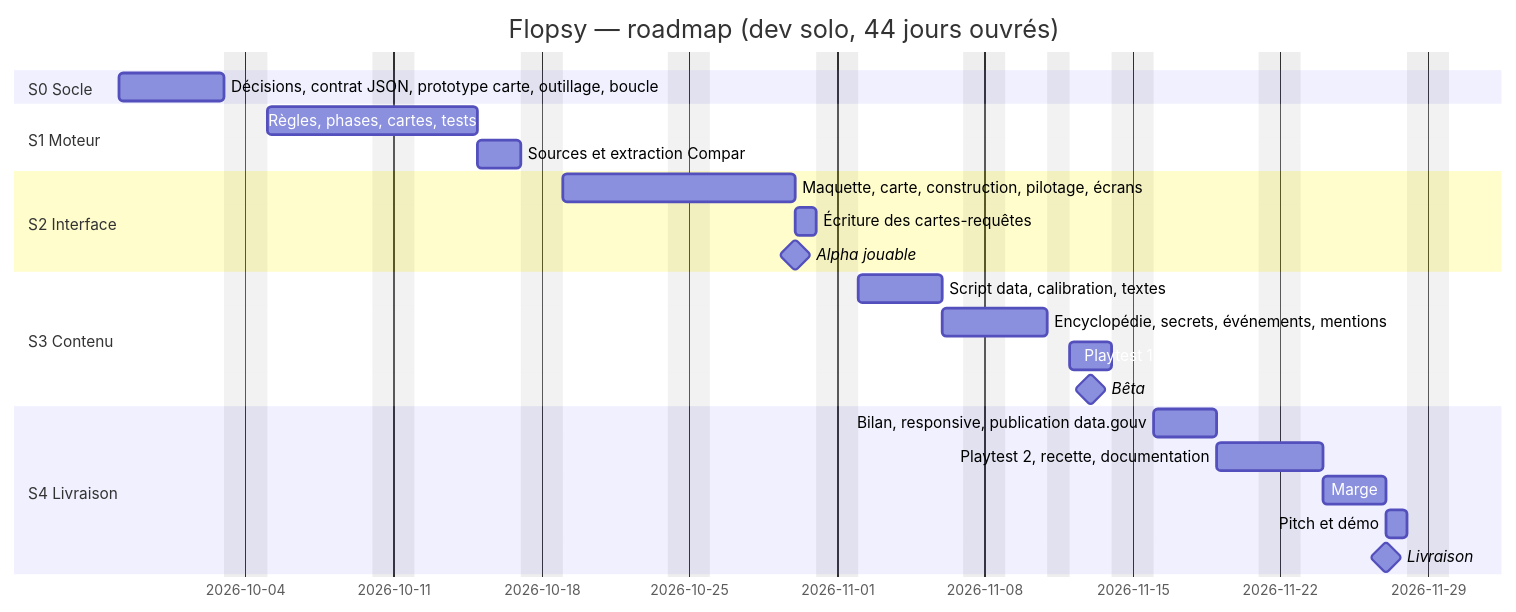
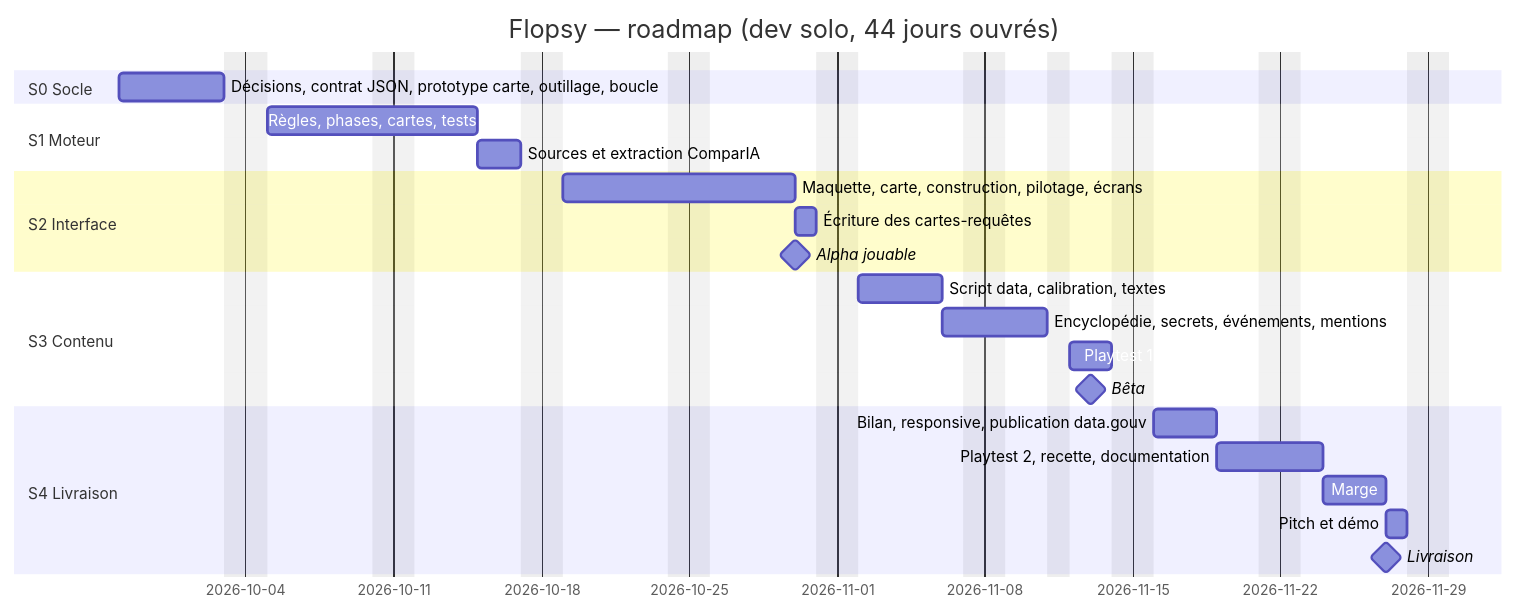
The diagram in docs/06-roadmap.md (D-Lecol/Flopsy), drawn with Mermaid before and after one commit. The commit also changed other lines of this file and 22 other files, not shown here.

````diff
--- a/docs/06-roadmap.md
+++ b/docs/06-roadmap.md
@@ -10,26 +10,26 @@
 ```mermaid
 gantt
     title Flopsy — roadmap (dev solo, 44 jours ouvrés)
     dateFormat YYYY-MM-DD
     excludes weekends, 2026-11-11
     section S0 Socle
         Décisions, contrat JSON, prototype carte, outillage, boucle: s0, 2026-09-28, 5d
     section S1 Moteur
         Règles, phases, cartes, tests: s1a, 2026-10-05, 8d
-        Sources et extraction Compar: IA :s1b, after s1a, 2d
+        Sources et extraction ComparIA: s1b, after s1a, 2d
     section S2 Interface
         Maquette, carte, construction, pilotage, écrans: s2a, 2026-10-19, 9d
         Écriture des cartes-requêtes: s2b, after s2a, 1d
         Alpha jouable: milestone, m1, 2026-10-30, 0d
     section S3 Contenu
         Script data, calibration, textes: s3a, 2026-11-02, 4d
         Encyclopédie, secrets, événements, mentions: s3b, after s3a, 3d
         Playtest 1: s3c, after s3b, 2d
         Bêta: milestone, m2, 2026-11-13, 0d
     section S4 Livraison
         Bilan, responsive, publication data.gouv: s4a, 2026-11-16, 3d
         Playtest 2, recette, documentation: s4b, after s4a, 3d
         Marge: s4c, after s4b, 3d
         Pitch et démo: s4d, after s4c, 1d
         Livraison: milestone, m3, 2026-11-27, 0d
 ```
````
